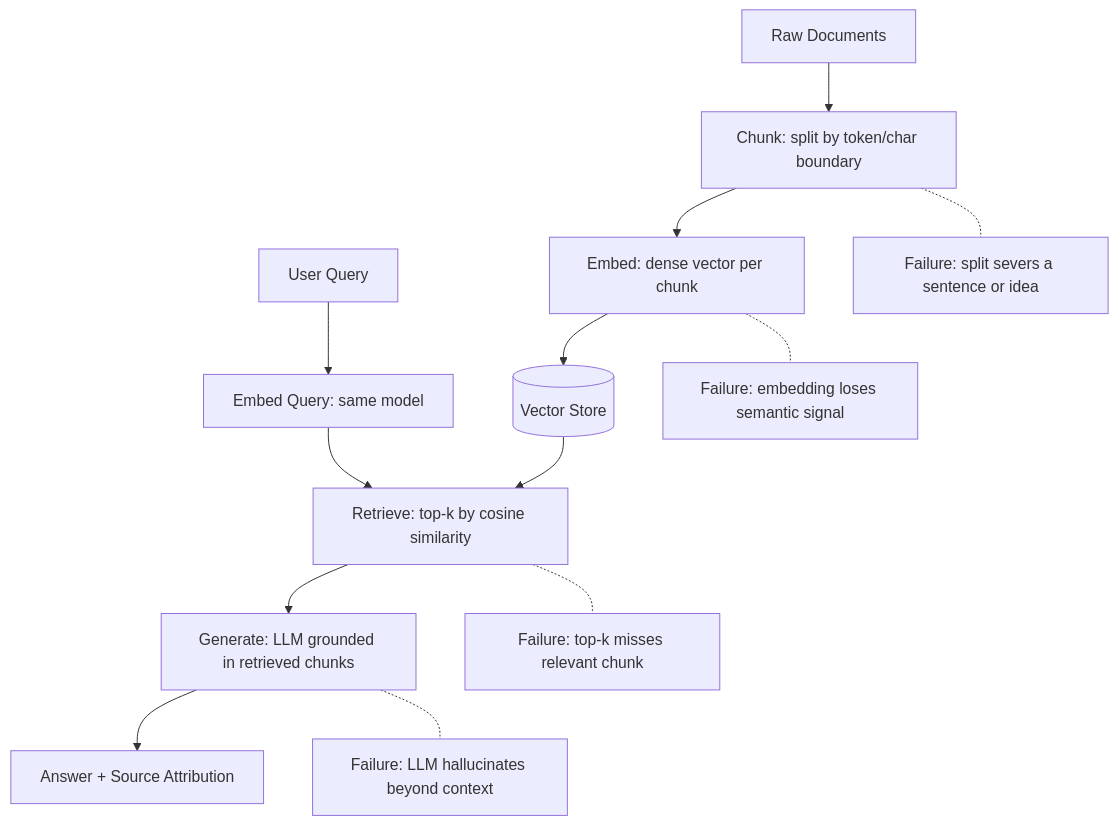
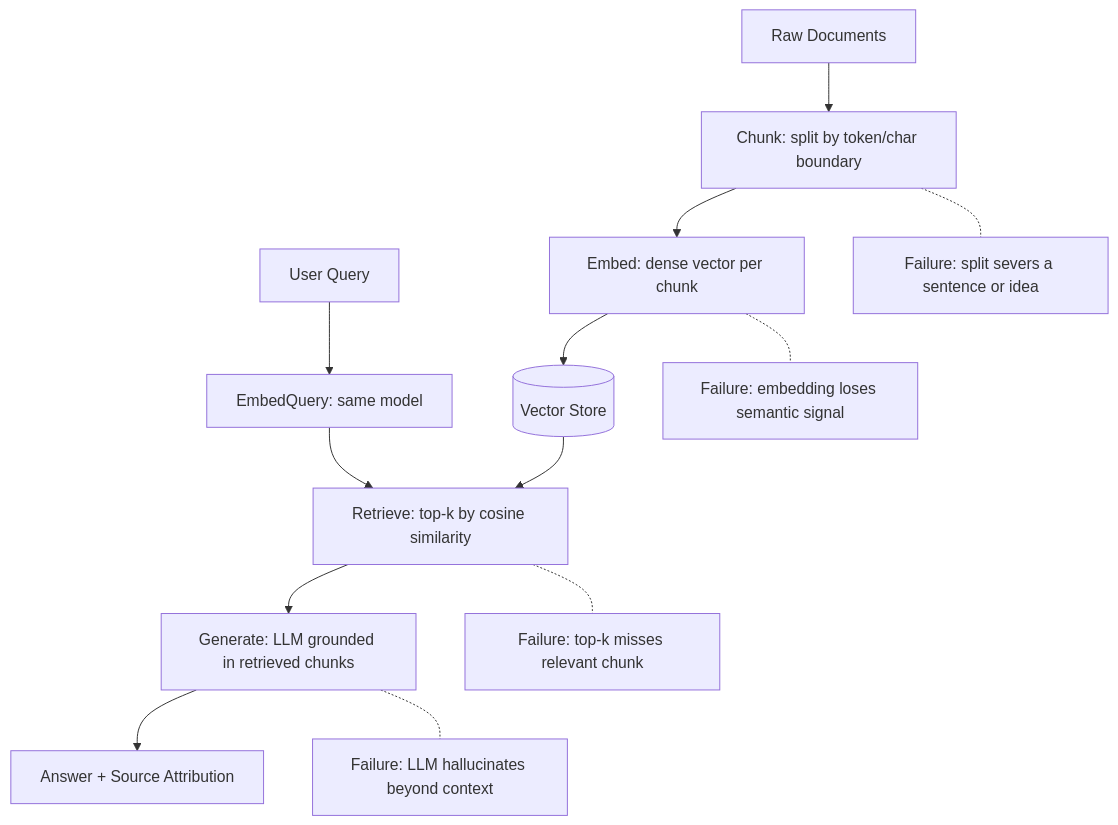
One commit to BlueSkyGTM/full-stack-gtm changed the diagram in stages/02-lesson-injection/output/hybrid-lessons/05-nlp-foundations-to-advanced/13-question-answering/docs/en.md. Above: the diagram before and after it, drawn with Mermaid. The commit also changed other lines of this file and 504 other files, not shown here.

````diff
--- a/stages/02-lesson-injection/output/hybrid-lessons/05-nlp-foundations-to-advanced/13-question-answering/docs/en.md
+++ b/stages/02-lesson-injection/output/hybrid-lessons/05-nlp-foundations-to-advanced/13-question-answering/docs/en.md
@@ -23,16 +23,16 @@
 ```mermaid
 flowchart TD
     A[Raw Documents] --> B[Chunk: split by token/char boundary]
     B --> C[Embed: dense vector per chunk]
     C --> D[(Vector Store)]
-    E[User Query] --> F[Embed Query: same model]
+    E[User Query] --> F[EmbedQuery: same model]
     F --> G[Retrieve: top-k by cosine similarity]
     D --> G
     G --> H[Generate: LLM grounded in retrieved chunks]
     H --> I[Answer + Source Attribution]
     
     B -.- BFAIL[Failure: split severs a sentence or idea]
     C -.- CFAIL[Failure: embedding loses semantic signal]
     G -.- GFAIL[Failure: top-k misses relevant chunk]
     H -.- HFAIL[Failure: LLM hallucinates beyond context]
 ```
````
